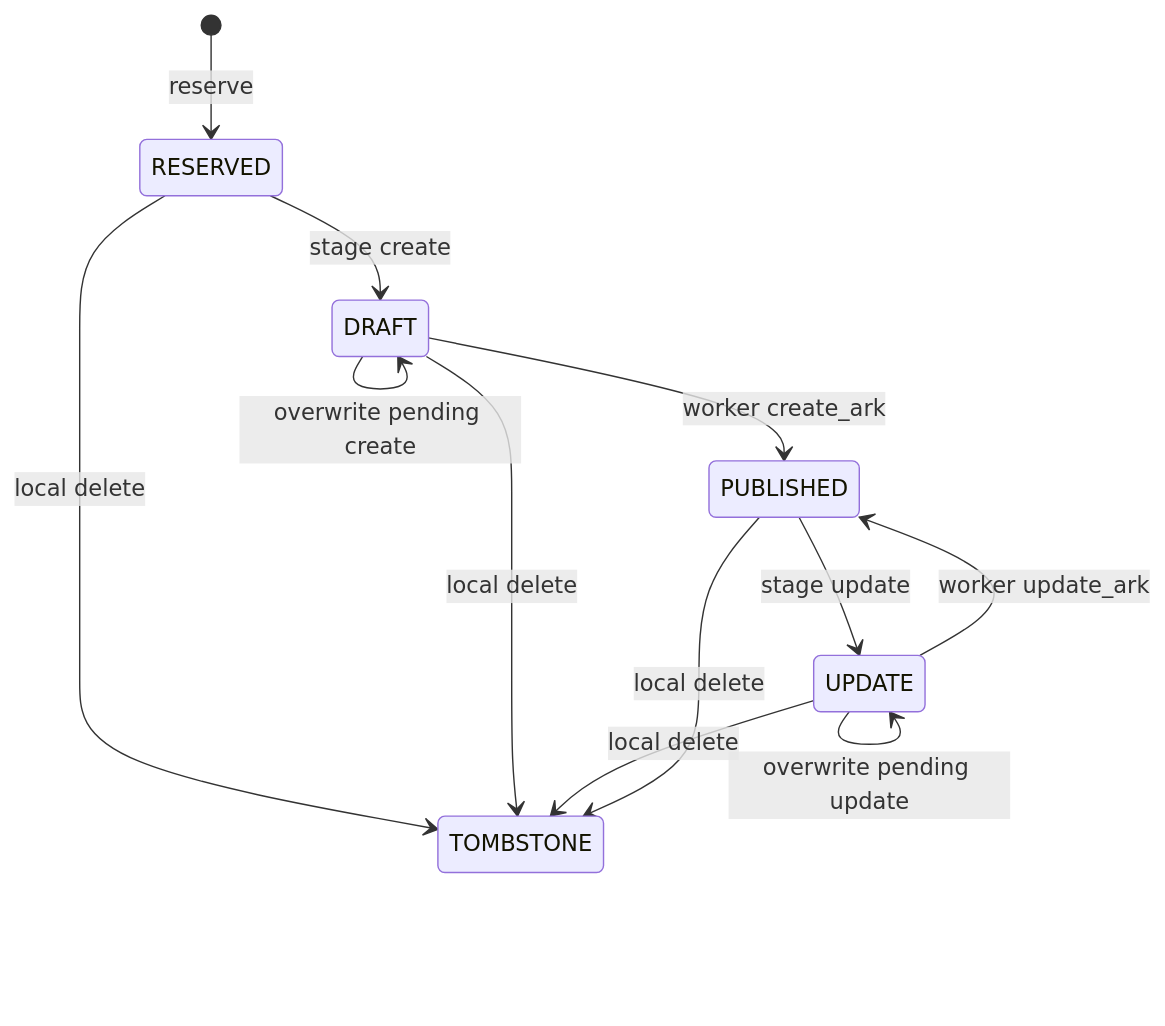
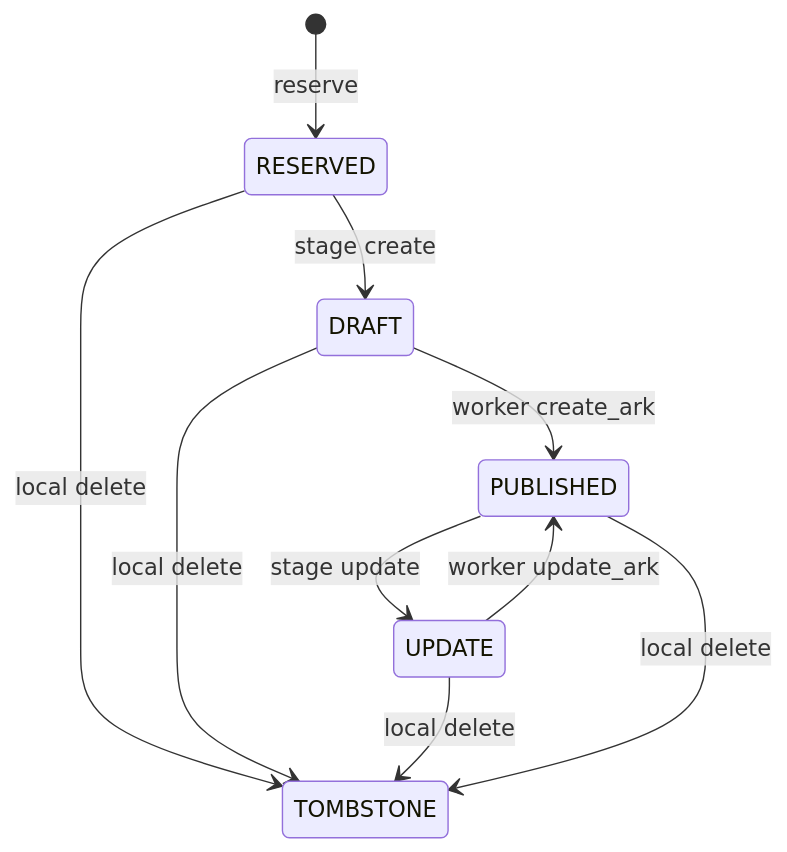
Before and after one commit to LA-Referencia-IOI/dark-core-minter-api: the eighth of 12 diagrams in minter-architecture.md, drawn with Mermaid. The commit also changed other lines of this file and 42 other files, not shown here.

````diff
--- a/minter-architecture.md
+++ b/minter-architecture.md
@@ -298,14 +345,12 @@
 ```mermaid
 stateDiagram-v2
     [*] --> RESERVED: reserve
     RESERVED --> DRAFT: stage create
-    DRAFT --> DRAFT: overwrite pending create
     DRAFT --> PUBLISHED: worker create_ark
     PUBLISHED --> UPDATE: stage update
-    UPDATE --> UPDATE: overwrite pending update
     UPDATE --> PUBLISHED: worker update_ark
     RESERVED --> TOMBSTONE: local delete
     DRAFT --> TOMBSTONE: local delete
     UPDATE --> TOMBSTONE: local delete
     PUBLISHED --> TOMBSTONE: local delete
 ```
````
